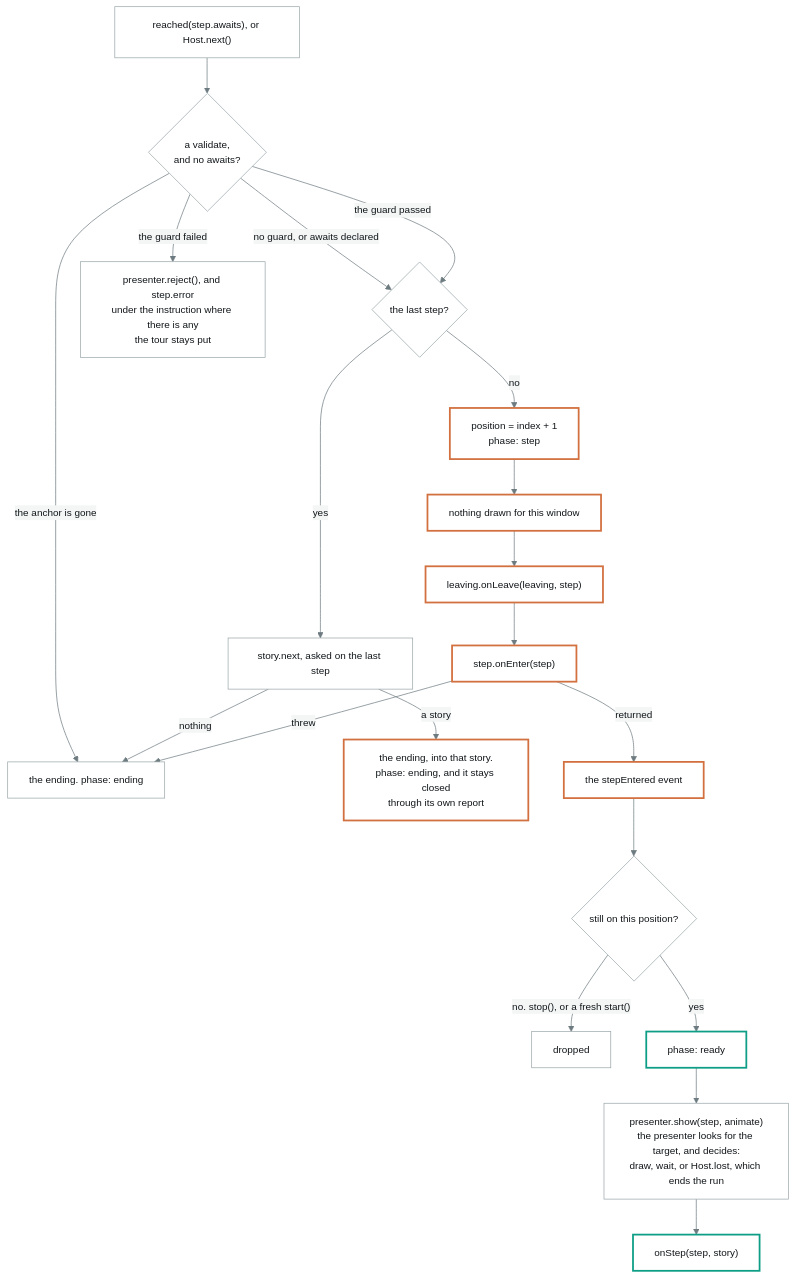
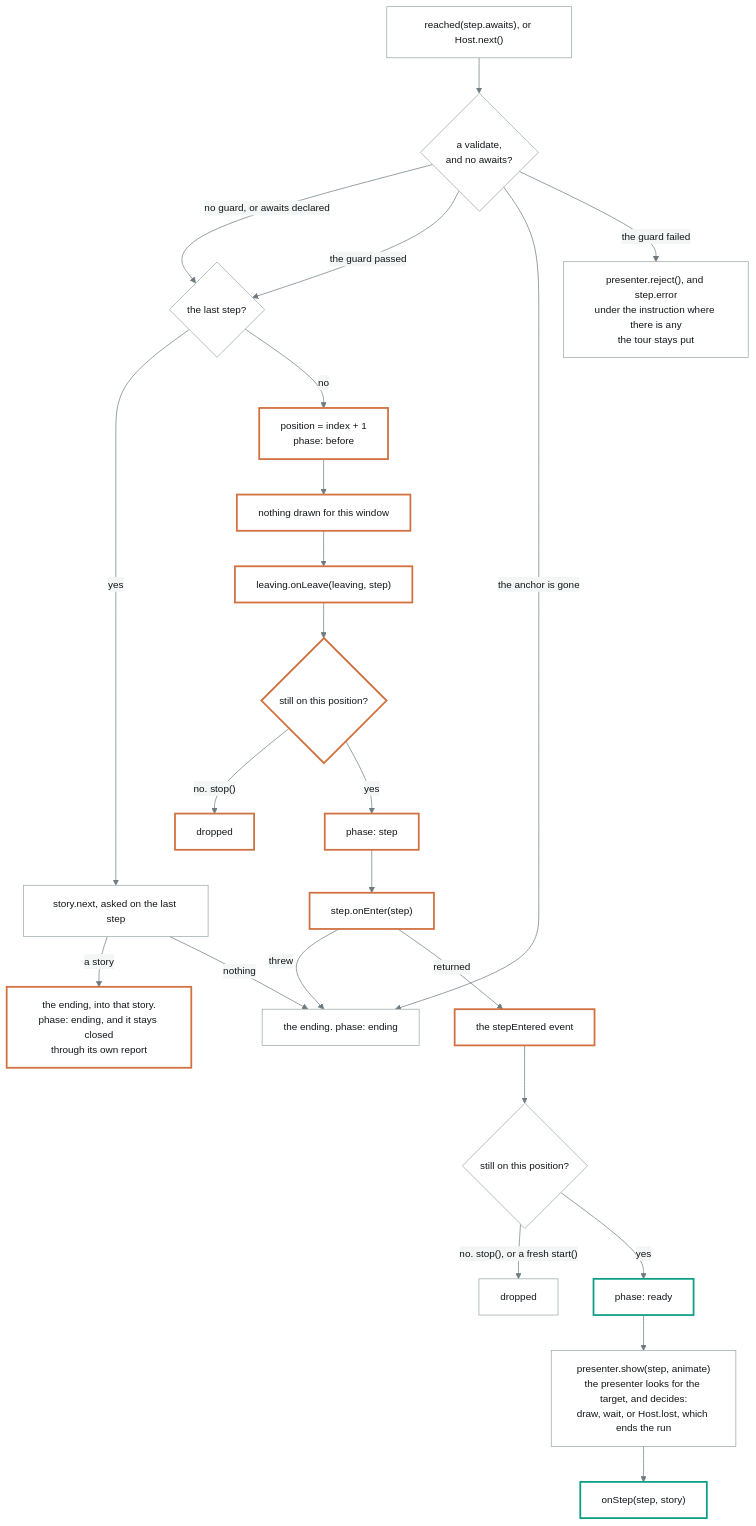
One commit to annetaan/leko changed the second of 2 diagrams in packages/machine/model/phases.md. Above: the diagram before and after it, drawn with Mermaid. The commit also changed other lines of this file and 25 other files, not shown here.

First line of the commit message:
fix: a stop() from the onLeave of the step being left enters nothing after it (fixes #71) (#76)

````diff
--- a/packages/machine/model/phases.md
+++ b/packages/machine/model/phases.md
@@ -114,28 +120,31 @@
 ```mermaid
 %%{init: {'theme':'base','themeVariables':{'background':'#F4F6F6','primaryColor':'#FFFFFF','primaryTextColor':'#12171A','primaryBorderColor':'#9AA6A9','lineColor':'#6D7B80','textColor':'#12171A','edgeLabelBackground':'#F4F6F6','tertiaryColor':'#E9EDED','tertiaryTextColor':'#12171A','fontSize':'14px'}}}%%
 flowchart TD
   A["reached(step.awaits), or Host.next()"] --> V{"a validate,<br>and no awaits?"}
   V -- "no guard, or awaits declared" --> B{"the last step?"}
   V -- "the guard passed" --> B
   V -- "the anchor is gone" --> Z["the ending. phase: ending"]
   V -- "the guard failed" --> S["presenter.reject(), and step.error<br>under the instruction where there is any<br>the tour stays put"]
   B -- "yes" --> N["story.next, asked on the last step"]
   N -- "a story" --> Y["the ending, into that story.<br>phase: ending, and it stays closed<br>through its own report"]
   N -- "nothing" --> Z
-  B -- "no" --> C["position = index + 1<br>phase: step"]
+  B -- "no" --> C["position = index + 1<br>phase: before"]
   C --> D["nothing drawn for this window"]
   D --> E["leaving.onLeave(leaving, step)"]
-  E --> F["step.onEnter(step)"]
+  E --> G{"still on this position?"}
+  G -- "no. stop()" --> W["dropped"]
+  G -- "yes" --> K["phase: step"]
+  K --> F["step.onEnter(step)"]
   F -- "threw" --> Z
   F -- "returned" --> H["the stepEntered event"]
   H --> I{"still on this position?"}
   I -- "no. stop(), or a fresh start()" --> X["dropped"]
   I -- "yes" --> J["phase: ready"]
   J --> M["presenter.show(step, animate)<br>the presenter looks for the target, and decides:<br>draw, wait, or Host.lost, which ends the run"]
   M --> P["onStep(step, story)"]
 
   classDef open stroke:#0E9E86,stroke-width:2.5px
   classDef shut stroke:#D2703F,stroke-width:2.5px
-  class C,D,E,F,H,Y shut
+  class C,D,E,G,W,K,F,H,Y shut
   class J,P open
 ```
````
